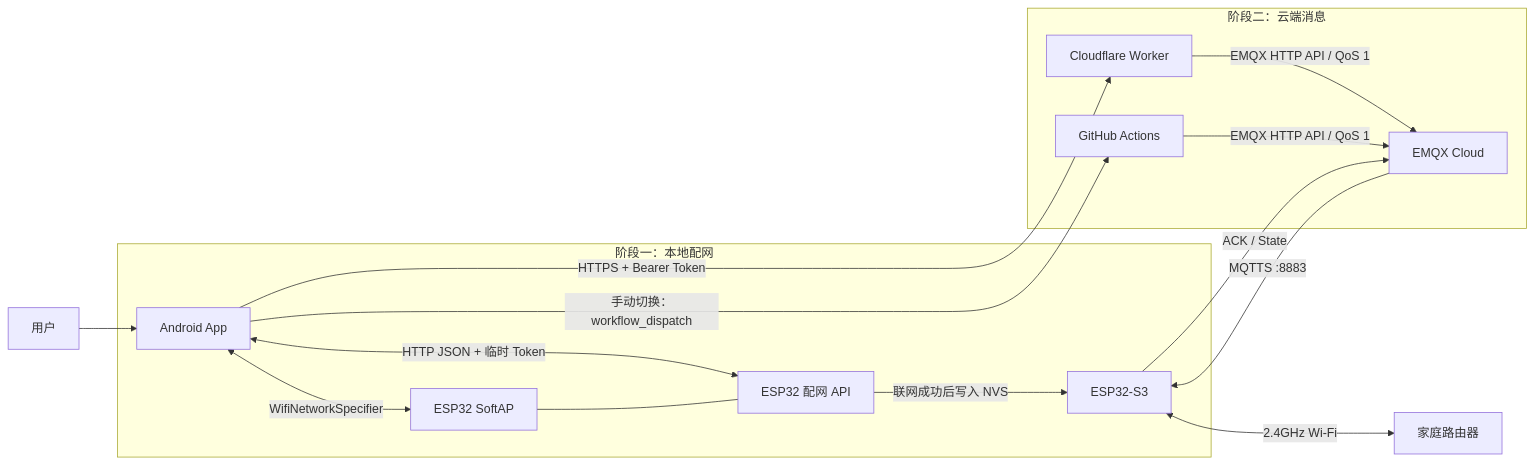
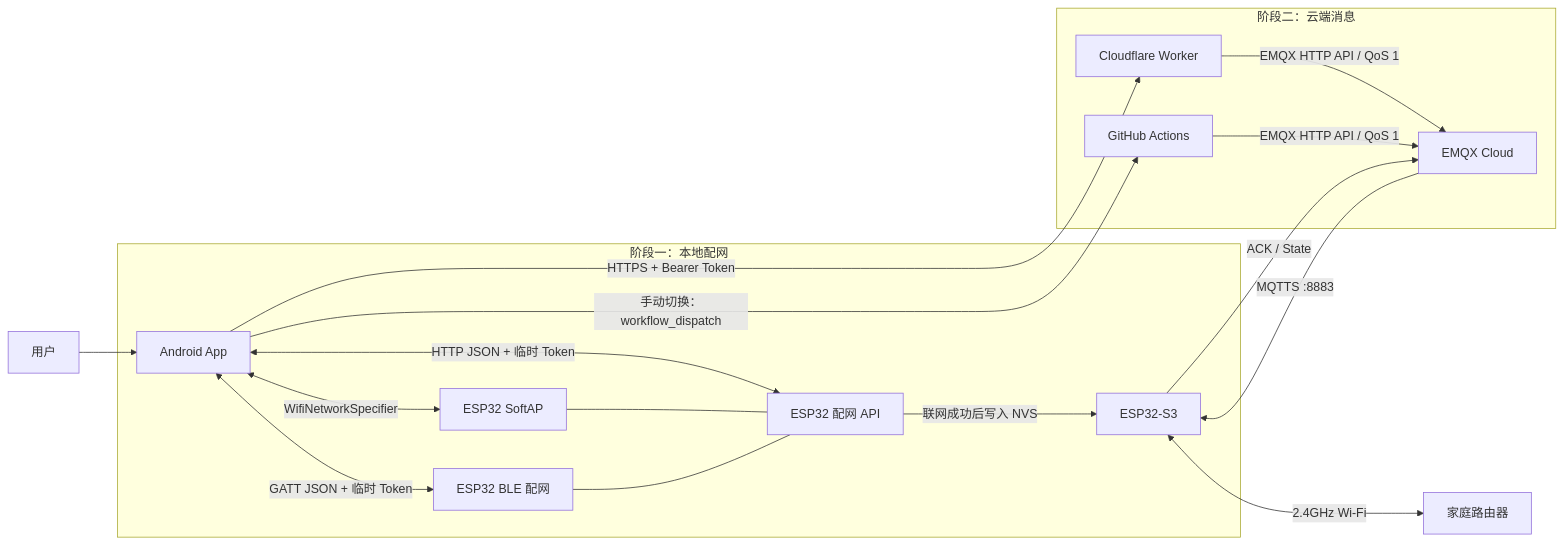
Before and after one commit to sRect/esp32: the first of 3 diagrams in README.md, drawn with Mermaid. The commit also changed other lines of this file and 13 other files, not shown here.

````diff
--- a/README.md
+++ b/README.md
@@ -131,22 +135,24 @@
 ```mermaid
 flowchart LR
     U["用户"] --> A["Android App"]
 
     subgraph Local["阶段一：本地配网"]
         A <-->|"WifiNetworkSpecifier"| AP["ESP32 SoftAP"]
         A <-->|"HTTP JSON + 临时 Token"| API["ESP32 配网 API"]
         AP --- API
+        A <-->|"GATT JSON + 临时 Token"| BLE["ESP32 BLE 配网"]
+        BLE --- API
         API -->|"联网成功后写入 NVS"| ESP["ESP32-S3"]
     end
 
     ESP <-->|"2.4GHz Wi-Fi"| R["家庭路由器"]
 
     subgraph Cloud["阶段二：云端消息"]
         A -->|"HTTPS + Bearer Token"| W["Cloudflare Worker"]
         A -->|"手动切换：workflow_dispatch"| G["GitHub Actions"]
         W -->|"EMQX HTTP API / QoS 1"| M["EMQX Cloud"]
         G -->|"EMQX HTTP API / QoS 1"| M
         M -->|"MQTTS :8883"| ESP
         ESP -->|"ACK / State"| M
     end
 ```
````
